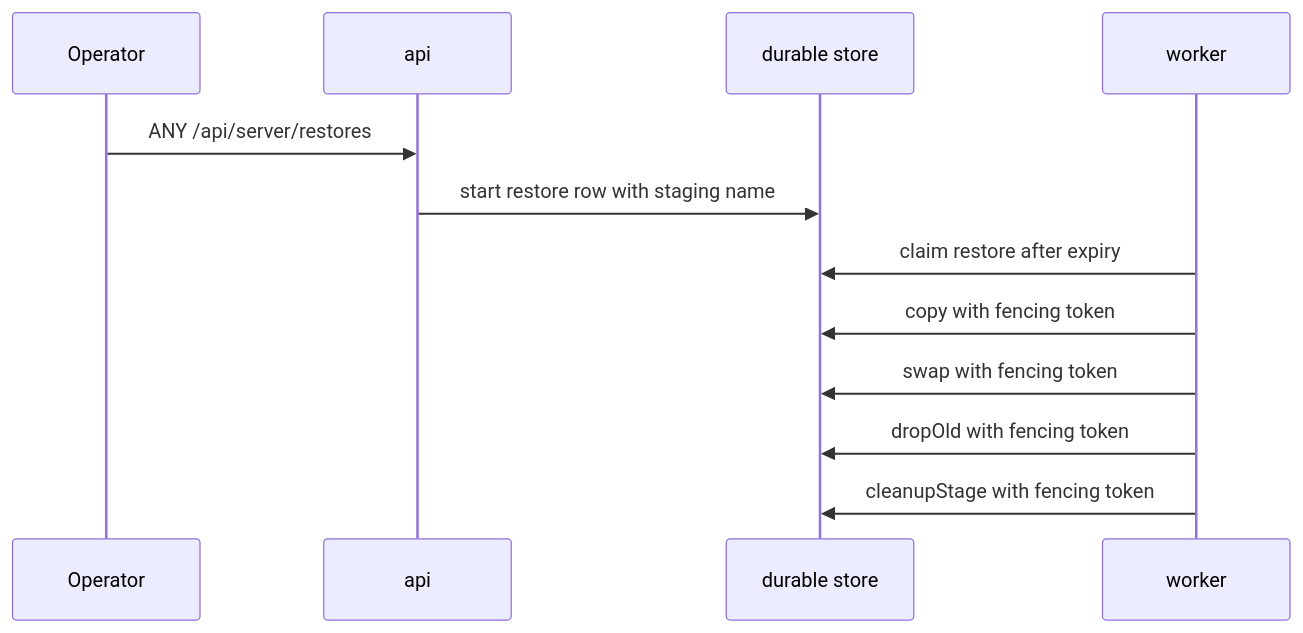
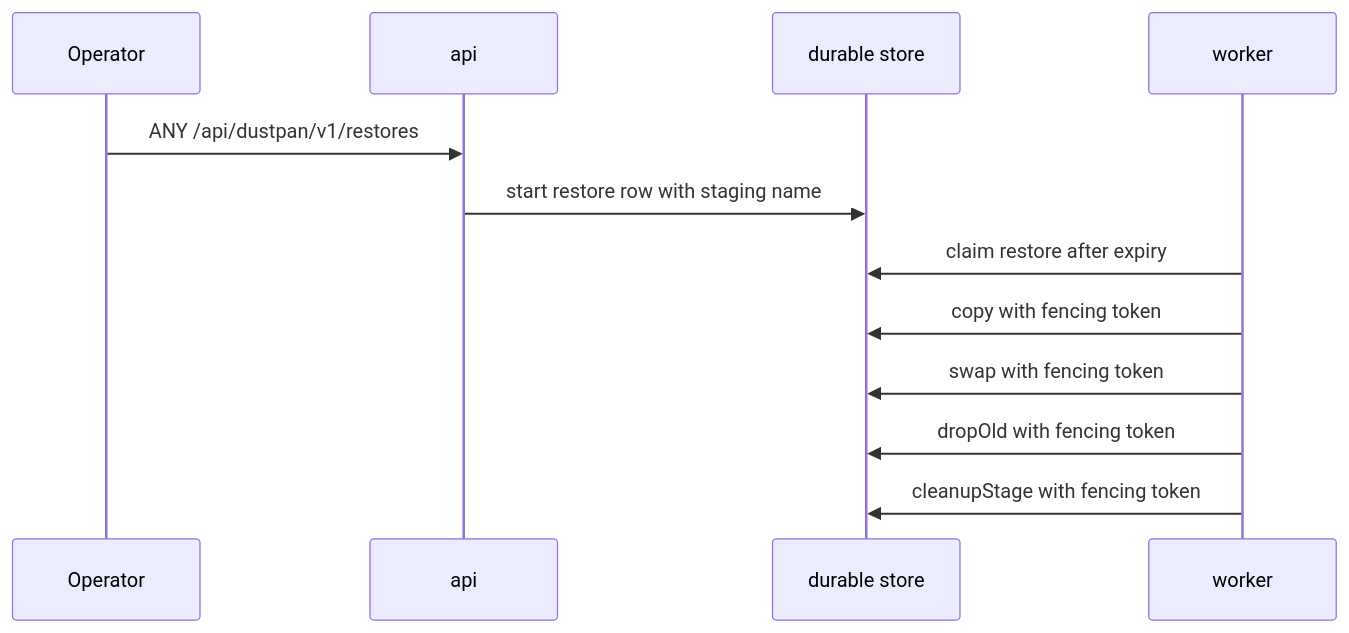
One commit to OpenDustpan/OpenDustpan changed the first of 4 diagrams in openspec/changes/track-medium-low-items-several-durable-fenced-restore/design.md. Above: the diagram before and after it, drawn with Mermaid. The commit also changed 16 other files, not shown here.

````diff
--- a/openspec/changes/track-medium-low-items-several-durable-fenced-restore/design.md
+++ b/openspec/changes/track-medium-low-items-several-durable-fenced-restore/design.md
@@ -34,14 +34,14 @@
 ```mermaid
 sequenceDiagram
 participant O as Operator
 participant A as api
 participant D as durable store
 participant W as worker
-O->>A: ANY /api/server/restores
+O->>A: ANY /api/dustpan/v1/restores
 A->>D: start restore row with staging name
 W->>D: claim restore after expiry
 W->>D: copy with fencing token
 W->>D: swap with fencing token
 W->>D: dropOld with fencing token
 W->>D: cleanupStage with fencing token
 ```
````
